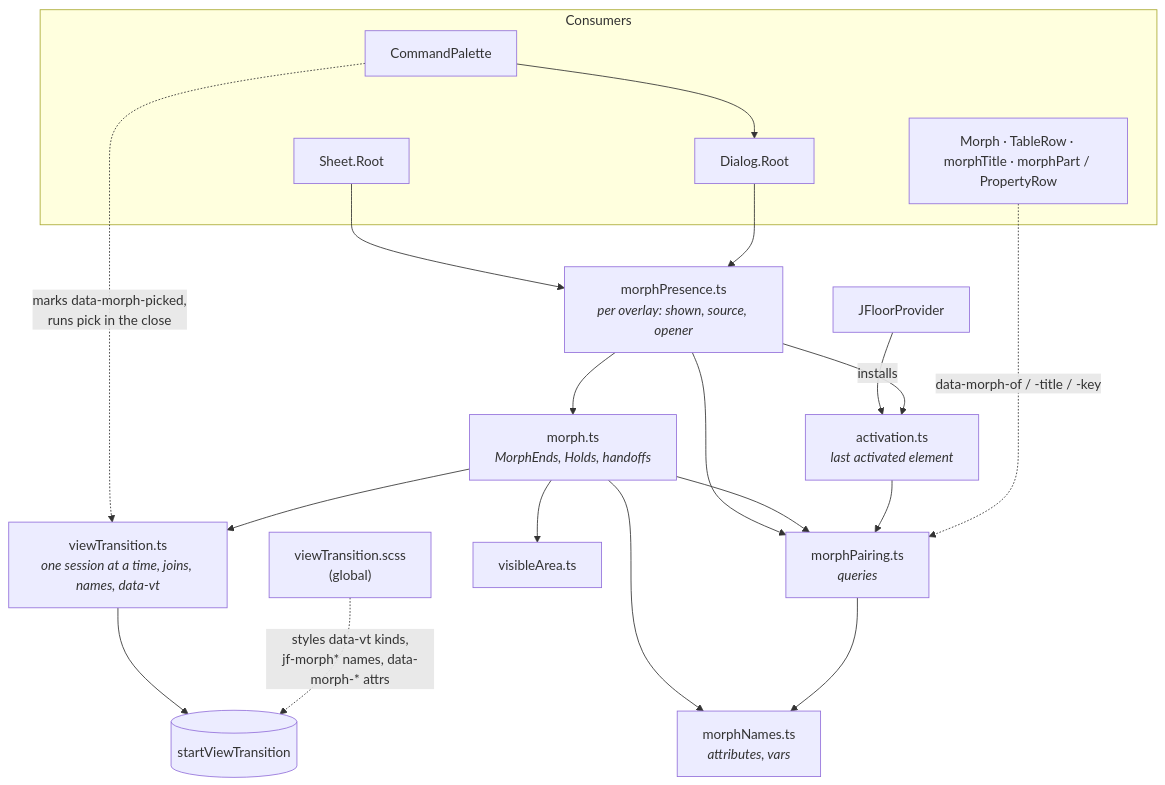
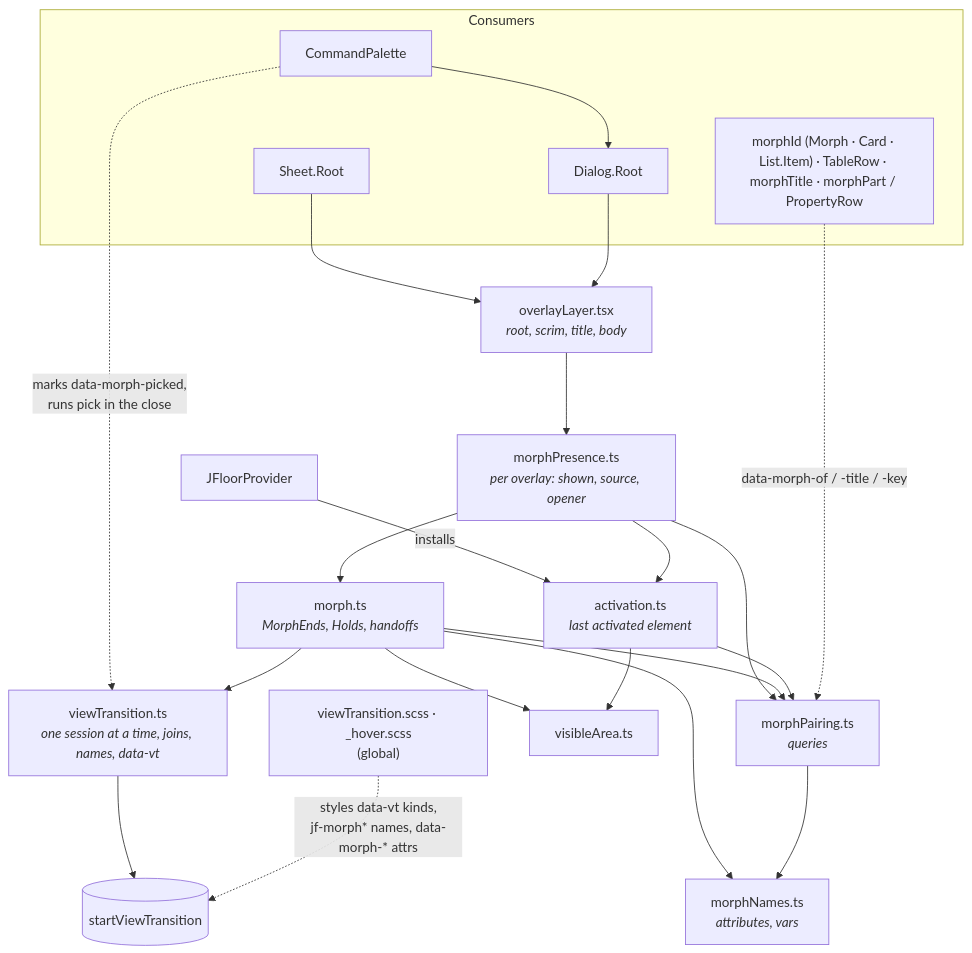
The first of 2 diagrams in docs/design-system/morph.md (J-Floor/J-OS-showcase), drawn with Mermaid before and after one commit. The commit also changed other lines of this file and 370 other files, not shown here.

````diff
--- a/docs/design-system/morph.md
+++ b/docs/design-system/morph.md
@@ -54,26 +192,28 @@
 ```mermaid
 flowchart TD
   subgraph Consumers
     Sheet[Sheet.Root]
     Dialog[Dialog.Root]
     Palette[CommandPalette]
-    Markers["Morph · TableRow · morphTitle · morphPart / PropertyRow"]
+    Markers["morphId (Morph · Card · List.Item) · TableRow · morphTitle · morphPart / PropertyRow"]
   end
   Provider[JFloorProvider] -->|installs| Activation
-  Sheet --> Presence
-  Dialog --> Presence
+  Sheet --> Layer
+  Dialog --> Layer
   Palette --> Dialog
   Palette -. "marks data-morph-picked,<br/>runs pick in the close" .-> VT
+  Layer["overlayLayer.tsx<br/><i>root, scrim, title, body</i>"] --> Presence
   Presence["morphPresence.ts<br/><i>per overlay: shown, source, opener</i>"] --> Morph
   Presence --> Activation["activation.ts<br/><i>last activated element</i>"]
   Presence --> Pairing
   Morph["morph.ts<br/><i>MorphEnds, Holds, handoffs</i>"] --> VT
   Morph --> Pairing["morphPairing.ts<br/><i>queries</i>"]
   Morph --> Names["morphNames.ts<br/><i>attributes, vars</i>"]
   Pairing --> Names
   Morph --> Area[visibleArea.ts]
   Activation --> Pairing
+  Activation --> Area
   VT["viewTransition.ts<br/><i>one session at a time, joins, names, data-vt</i>"] --> Browser[(startViewTransition)]
   Markers -. "data-morph-of / -title / -key" .-> Pairing
-  CSS["viewTransition.scss<br/>(global)"] -. "styles data-vt kinds,<br/>jf-morph* names, data-morph-* attrs" .-> Browser
+  CSS["viewTransition.scss · _hover.scss<br/>(global)"] -. "styles data-vt kinds,<br/>jf-morph* names, data-morph-* attrs" .-> Browser
 ```
````
